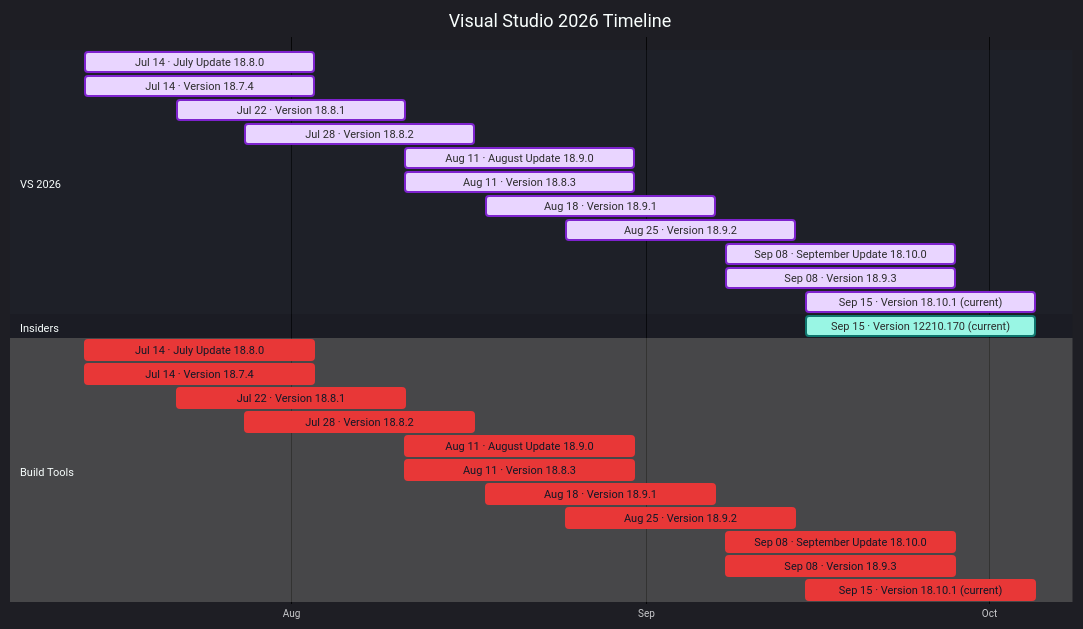
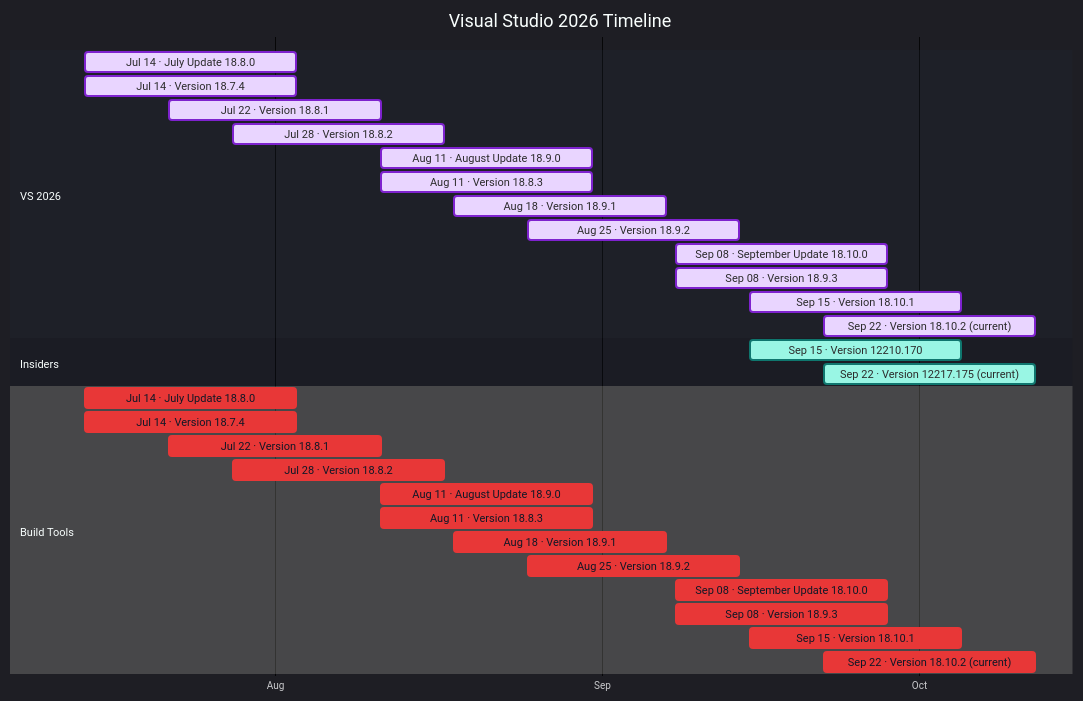
Before and after one commit to Oxelya-DevTools/VisualStudioUpdate: the diagram in docs/visual-studio-2026.md, drawn with Mermaid. The commit also changed other lines of this file and 3 other files, not shown here.

````diff
--- a/docs/visual-studio-2026.md
+++ b/docs/visual-studio-2026.md
@@ -9,34 +9,37 @@
 ```mermaid
 %%{init: {'theme':'dark','themeVariables': { 'fontFamily': 'Segoe UI', 'fontSize': '24px', 'textColor': '#F3F4F6', 'titleTextColor': '#FFFFFF', 'taskTextColor': '#111827', 'taskTextLightColor': '#111827', 'taskTextOutsideColor': '#F3F4F6', 'taskBkgColor': '#BAE6FD', 'taskBorderColor': '#0369A1', 'doneTaskBkgColor': '#E9D5FF', 'doneTaskBorderColor': '#7E22CE', 'activeTaskBkgColor': '#99F6E4', 'activeTaskBorderColor': '#0F766E', 'critTaskBkgColor': '#FED7AA', 'critTaskBorderColor': '#C2410C', 'sectionBkgColor': '#1F2937', 'altSectionBkgColor': '#111827', 'gridColor': '#4B5563', 'todayLineColor': '#F87171' }}}%%
 gantt
     title Visual Studio 2026 Timeline
     dateFormat  YYYY-MM-DD
     axisFormat  %b
     tickInterval 1month
     section VS 2026
     Jul 14 · July Update 18.8.0 : done, vs2026202607140, 2026-07-14, 20d
     Jul 14 · Version 18.7.4 : done, vs2026202607141, 2026-07-14, 20d
     Jul 22 · Version 18.8.1 : done, vs2026202607222, 2026-07-22, 20d
     Jul 28 · Version 18.8.2 : done, vs2026202607283, 2026-07-28, 20d
     Aug 11 · August Update 18.9.0 : done, vs2026202608114, 2026-08-11, 20d
     Aug 11 · Version 18.8.3 : done, vs2026202608115, 2026-08-11, 20d
     Aug 18 · Version 18.9.1 : done, vs2026202608186, 2026-08-18, 20d
     Aug 25 · Version 18.9.2 : done, vs2026202608257, 2026-08-25, 20d
     Sep 08 · September Update 18.10.0 : done, vs2026202609088, 2026-09-08, 20d
     Sep 08 · Version 18.9.3 : done, vs2026202609089, 2026-09-08, 20d
-    Sep 15 · Version 18.10.1 (current) : done, vs20262026091510, 2026-09-15, 20d
+    Sep 15 · Version 18.10.1 : done, vs20262026091510, 2026-09-15, 20d
+    Sep 22 · Version 18.10.2 (current) : done, vs20262026092211, 2026-09-22, 20d
     section Insiders
-    Sep 15 · Version 12210.170 (current) : active, insiders202609150, 2026-09-15, 20d
+    Sep 15 · Version 12210.170 : active, insiders202609150, 2026-09-15, 20d
+    Sep 22 · Version 12217.175 (current) : active, insiders202609221, 2026-09-22, 20d
     section Build Tools
     Jul 14 · July Update 18.8.0 : crit, buildtools202607140, 2026-07-14, 20d
     Jul 14 · Version 18.7.4 : crit, buildtools202607141, 2026-07-14, 20d
     Jul 22 · Version 18.8.1 : crit, buildtools202607222, 2026-07-22, 20d
     Jul 28 · Version 18.8.2 : crit, buildtools202607283, 2026-07-28, 20d
     Aug 11 · August Update 18.9.0 : crit, buildtools202608114, 2026-08-11, 20d
     Aug 11 · Version 18.8.3 : crit, buildtools202608115, 2026-08-11, 20d
     Aug 18 · Version 18.9.1 : crit, buildtools202608186, 2026-08-18, 20d
     Aug 25 · Version 18.9.2 : crit, buildtools202608257, 2026-08-25, 20d
     Sep 08 · September Update 18.10.0 : crit, buildtools202609088, 2026-09-08, 20d
     Sep 08 · Version 18.9.3 : crit, buildtools202609089, 2026-09-08, 20d
-    Sep 15 · Version 18.10.1 (current) : crit, buildtools2026091510, 2026-09-15, 20d
+    Sep 15 · Version 18.10.1 : crit, buildtools2026091510, 2026-09-15, 20d
+    Sep 22 · Version 18.10.2 (current) : crit, buildtools2026092211, 2026-09-22, 20d
 ```
````
